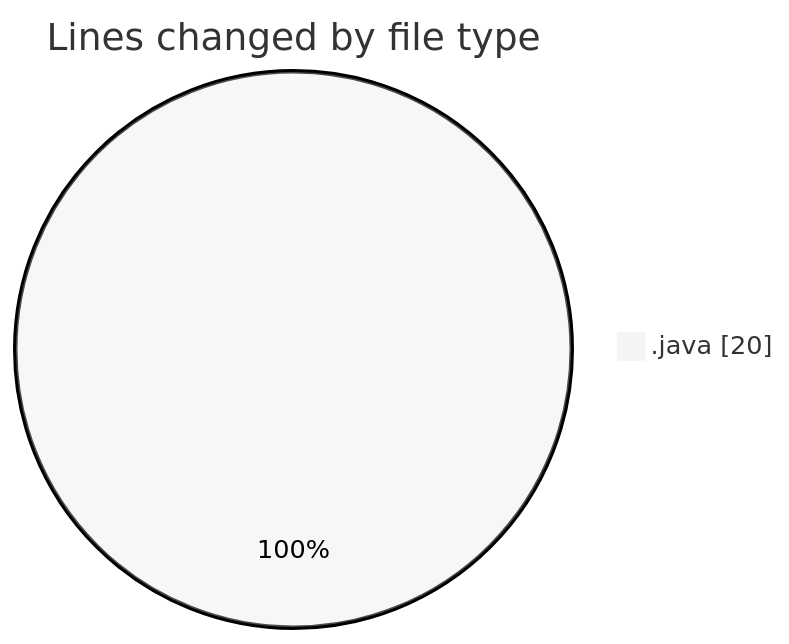
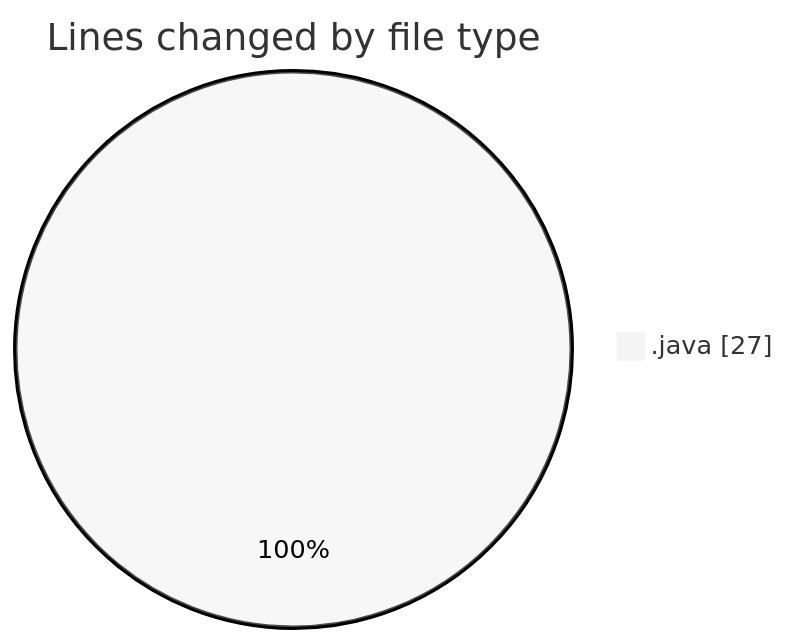
One commit to hasnaa123/code-tracking changed the first of 2 diagrams in 2026-01-05/java_basics/README.md. Above: the diagram before and after it, drawn with Mermaid (neutral theme). The commit also changed other lines of this file and 1 other file, not shown here.

````diff
--- a/2026-01-05/java_basics/README.md
+++ b/2026-01-05/java_basics/README.md
@@ -20,5 +20,5 @@
 ```mermaid
 pie showData
 title Lines changed by file type
-".java" : 20
+".java" : 27
 ```
````
